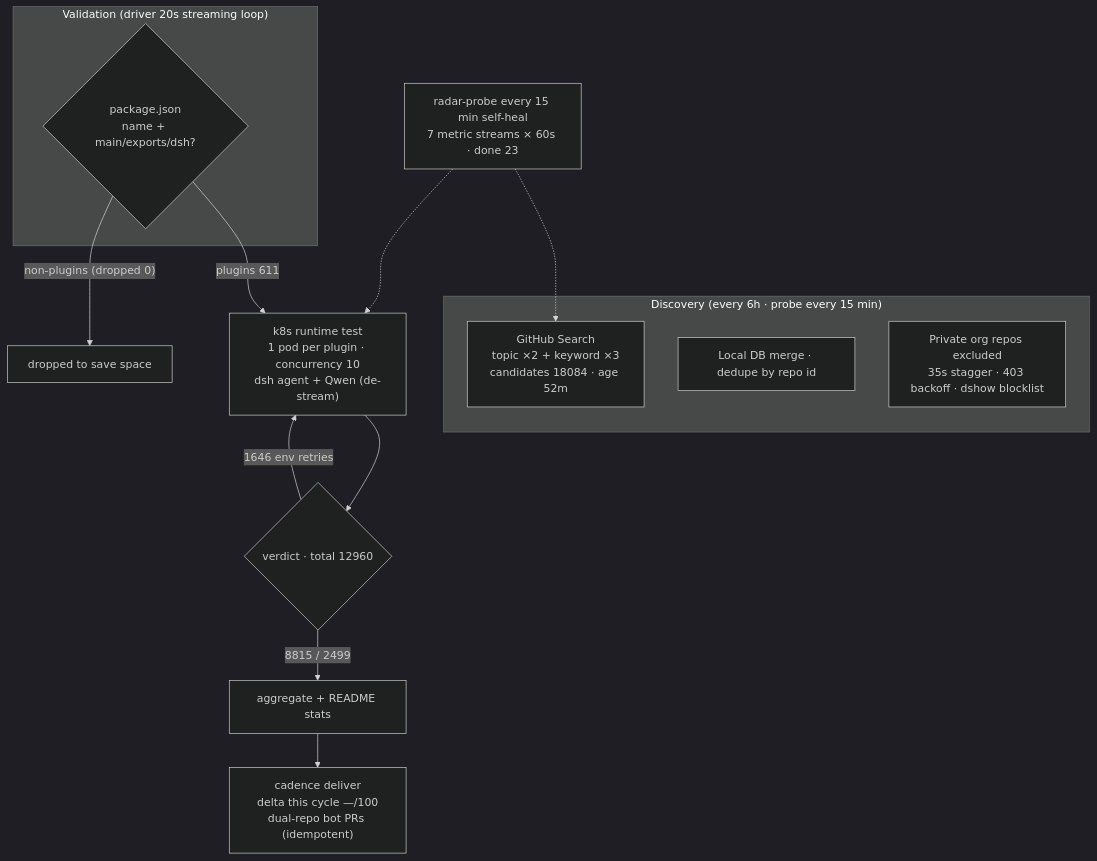
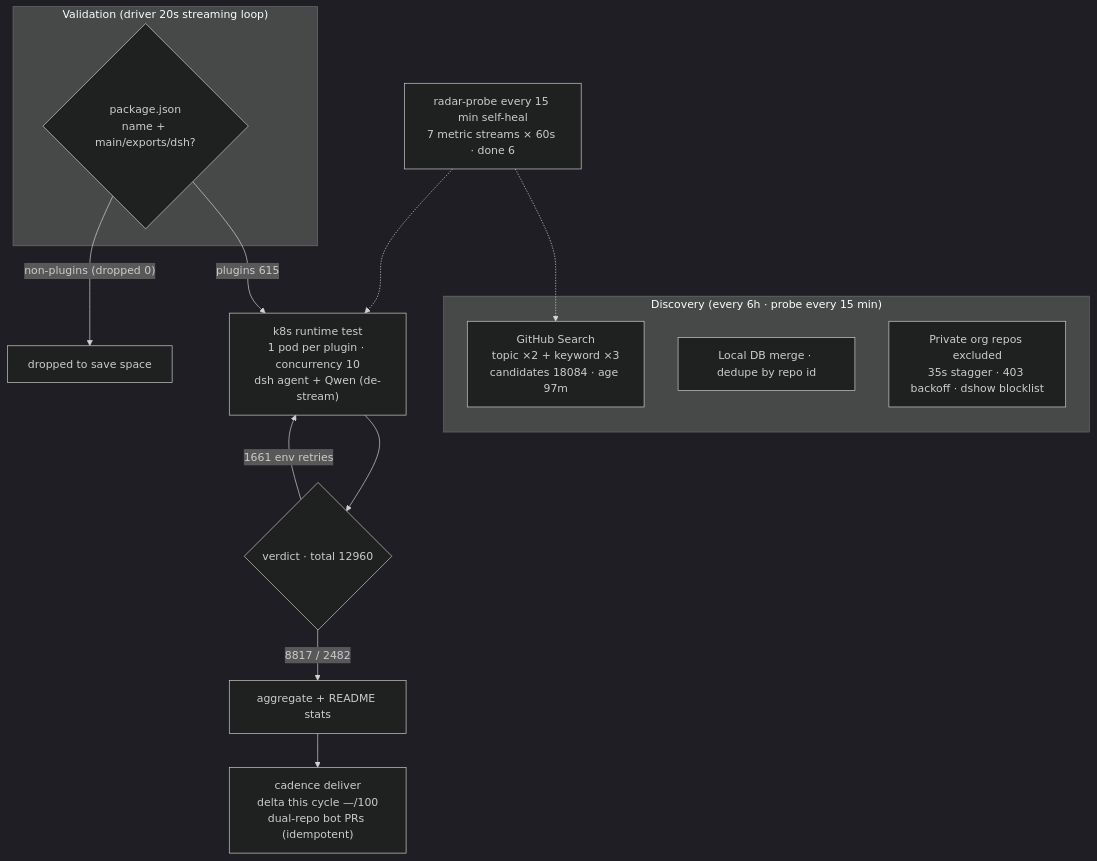
Before and after one commit to AdamPlatin123/awesome-dsh-plugins: the diagram in README.en-US.md, drawn with Mermaid (dark theme). The commit also changed other lines of this file and 5 other files, not shown here.

````diff
--- a/README.en-US.md
+++ b/README.en-US.md
@@ -45,20 +45,20 @@
 ```mermaid
 flowchart TB
     subgraph Discovery["Discovery (every 6h · probe every 15 min)"]
-        A1["GitHub Search<br/>topic ×2 + keyword ×3<br/>candidates 18084 · age 52m"]
+        A1["GitHub Search<br/>topic ×2 + keyword ×3<br/>candidates 18084 · age 97m"]
         A2["Local DB merge · dedupe by repo id"]
         A3["Private org repos excluded<br/>35s stagger · 403 backoff · dshow blocklist"]
     end
     subgraph Validation["Validation (driver 20s streaming loop)"]
         B1{"package.json<br/>name + main/exports/dsh?"}
     end
-    B1 -->|"plugins 611"| C1["k8s runtime test<br/>1 pod per plugin · concurrency 10<br/>dsh agent + Qwen (de-stream)"]
+    B1 -->|"plugins 615"| C1["k8s runtime test<br/>1 pod per plugin · concurrency 10<br/>dsh agent + Qwen (de-stream)"]
     B1 -->|"non-plugins (dropped 0)"| B3["dropped to save space"]
     C1 --> D1{"verdict · total 12960"}
-    D1 -->|"8815 / 2499"| E1["aggregate + README stats"]
-    D1 -->|"1646 env retries"| C1
+    D1 -->|"8817 / 2482"| E1["aggregate + README stats"]
+    D1 -->|"1661 env retries"| C1
     E1 --> E2["cadence deliver<br/>delta this cycle —/100<br/>dual-repo bot PRs (idempotent)"]
-    M["radar-probe every 15 min self-heal<br/>7 metric streams × 60s · done 23"]
+    M["radar-probe every 15 min self-heal<br/>7 metric streams × 60s · done 6"]
     M -.-> A1
     M -.-> C1
 ```
````
